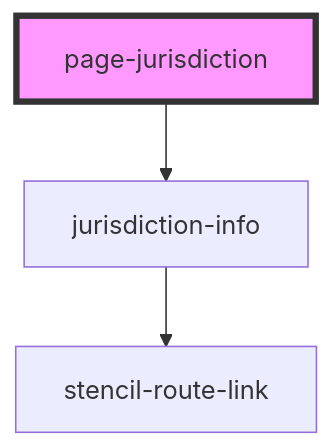
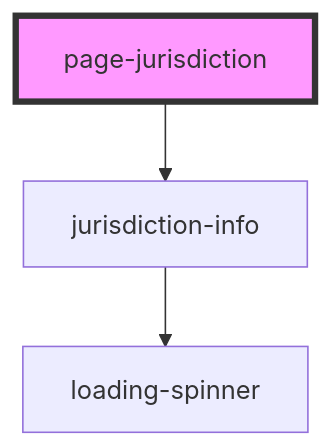
The diagram in site/src/components/page-jurisdiction/readme.md (pizza-to-the-polls/power-the-polls), drawn with Mermaid before and after one commit. The commit also changed 8 other files, not shown here.

````diff
--- a/site/src/components/page-jurisdiction/readme.md
+++ b/site/src/components/page-jurisdiction/readme.md
@@ -22,6 +22,6 @@
 ```mermaid
 graph TD;
   page-jurisdiction --> jurisdiction-info
-  jurisdiction-info --> stencil-route-link
+  jurisdiction-info --> loading-spinner
   style page-jurisdiction fill:#f9f,stroke:#333,stroke-width:4px
 ```
````
